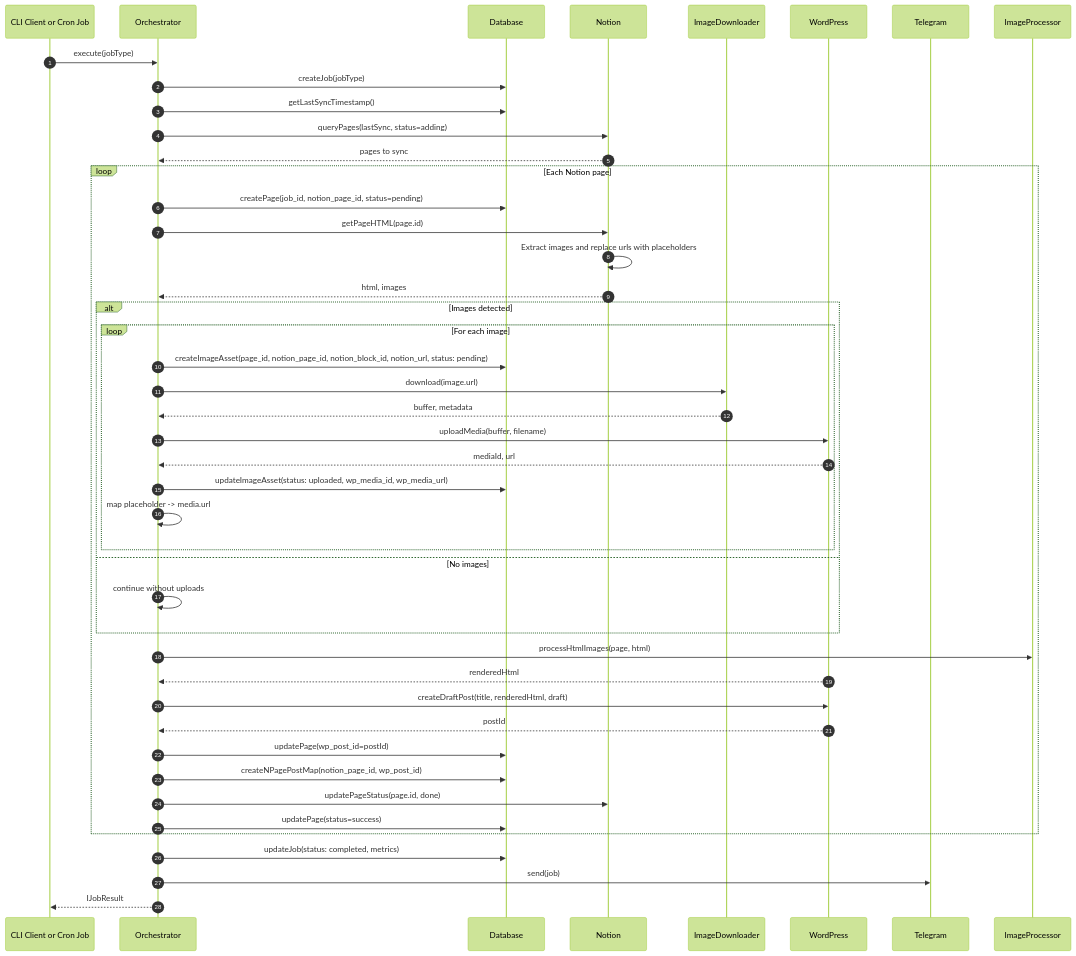
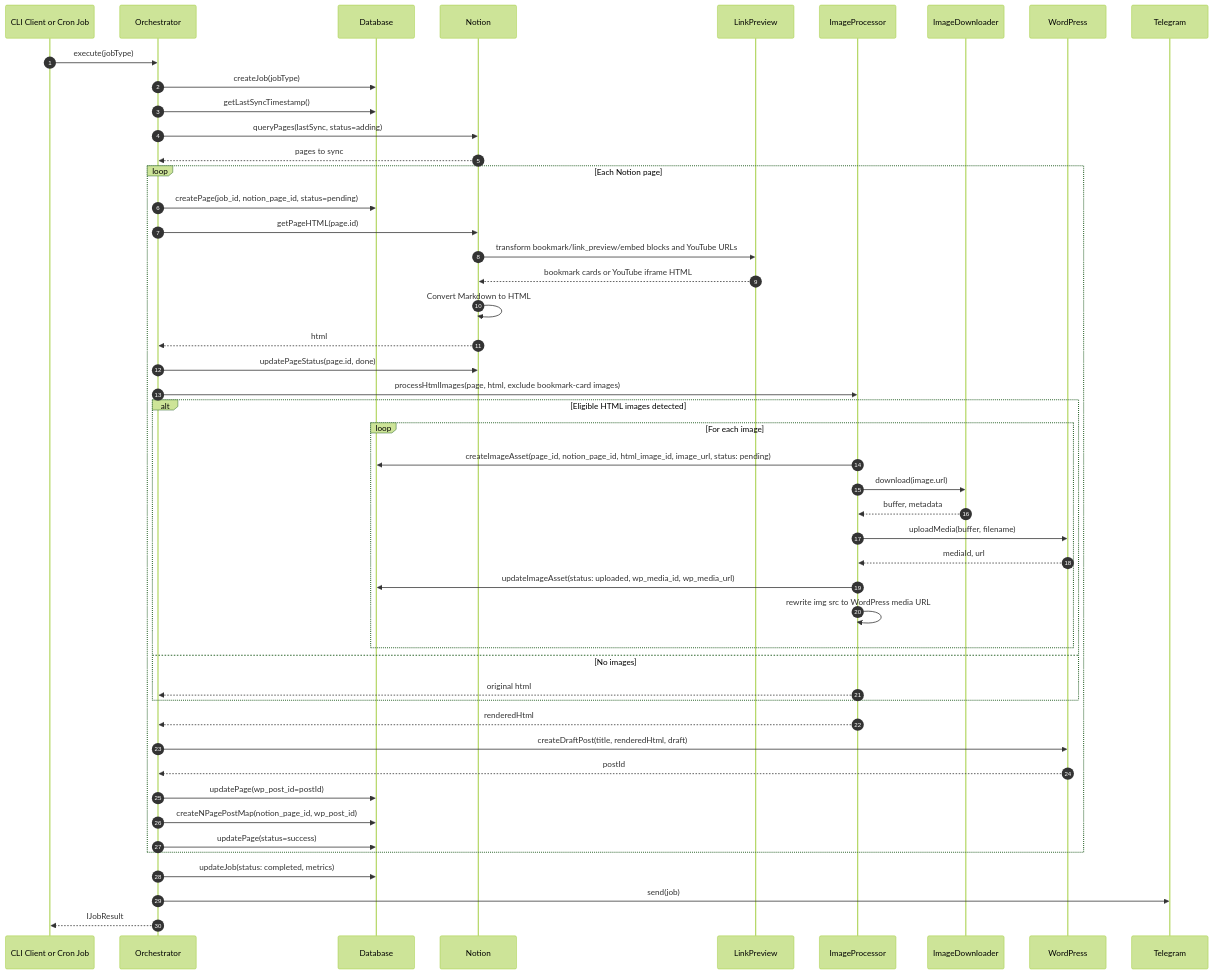
Before and after one commit to ramen4598/Notion2WordPress: the diagram in docs/diagrams/sequence-sync-success.md, drawn with Mermaid (forest theme). The commit also changed 6 other files, not shown here.

````diff
--- a/docs/diagrams/sequence-sync-success.md
+++ b/docs/diagrams/sequence-sync-success.md
@@ -5,49 +5,53 @@
 ```mermaid
 sequenceDiagram
     autonumber
     participant ENTRY as CLI Client or Cron Job
     participant Orchestrator as Orchestrator
     participant DB as Database
     participant Notion as Notion
+    participant LinkPreview as LinkPreview
+    participant ImageProcessor as ImageProcessor
     participant Downloader as ImageDownloader
     participant WP as WordPress
     participant Telegram as Telegram
 
     ENTRY->>Orchestrator: execute(jobType)
     Orchestrator->>DB: createJob(jobType)
     Orchestrator->>DB: getLastSyncTimestamp()
     Orchestrator->>Notion: queryPages(lastSync, status=adding)
     Notion-->>Orchestrator: pages to sync
 
     loop Each Notion page
         Orchestrator->>DB: createPage(job_id, notion_page_id, status=pending)
         Orchestrator->>Notion: getPageHTML(page.id)
-        Notion->>Notion: Extract images and replace urls with placeholders
-        Notion-->>Orchestrator: html, images
-        alt Images detected
+        Notion->>LinkPreview: transform bookmark/link_preview/embed blocks and YouTube URLs
+        LinkPreview-->>Notion: bookmark cards or YouTube iframe HTML
+        Notion->>Notion: Convert Markdown to HTML
+        Notion-->>Orchestrator: html
+        Orchestrator->>Notion: updatePageStatus(page.id, done)
+        Orchestrator->>ImageProcessor: processHtmlImages(page, html, exclude bookmark-card images)
+        alt Eligible HTML images detected
             loop For each image
-		            Orchestrator->>DB: createImageAsset(page_id, notion_page_id, notion_block_id, notion_url, status: pending)
-                Orchestrator->>Downloader: download(image.url)
-                Downloader-->>Orchestrator: buffer, metadata
-                Orchestrator->>WP: uploadMedia(buffer, filename)
-                WP-->>Orchestrator: mediaId, url
-                Orchestrator->>DB: updateImageAsset(status: uploaded, wp_media_id, wp_media_url)
-                Orchestrator->>Orchestrator: map placeholder -> media.url
+                ImageProcessor->>DB: createImageAsset(page_id, notion_page_id, html_image_id, image_url, status: pending)
+                ImageProcessor->>Downloader: download(image.url)
+                Downloader-->>ImageProcessor: buffer, metadata
+                ImageProcessor->>WP: uploadMedia(buffer, filename)
+                WP-->>ImageProcessor: mediaId, url
+                ImageProcessor->>DB: updateImageAsset(status: uploaded, wp_media_id, wp_media_url)
+                ImageProcessor->>ImageProcessor: rewrite img src to WordPress media URL
             end
         else No images
-            Orchestrator->>Orchestrator: continue without uploads
+            ImageProcessor-->>Orchestrator: original html
         end
-        Orchestrator->>ImageProcessor: processHtmlImages(page, html)
-        WP-->>Orchestrator: renderedHtml
+        ImageProcessor-->>Orchestrator: renderedHtml
         Orchestrator->>WP: createDraftPost(title, renderedHtml, draft)
         WP-->>Orchestrator: postId
         Orchestrator->>DB: updatePage(wp_post_id=postId)
         Orchestrator->>DB: createNPagePostMap(notion_page_id, wp_post_id)
-        Orchestrator->>Notion: updatePageStatus(page.id, done)
         Orchestrator->>DB: updatePage(status=success)
     end
 
     Orchestrator->>DB: updateJob(status: completed, metrics)
     Orchestrator->>Telegram: send(job)
     Orchestrator-->>ENTRY: IJobResult
 ```
````
